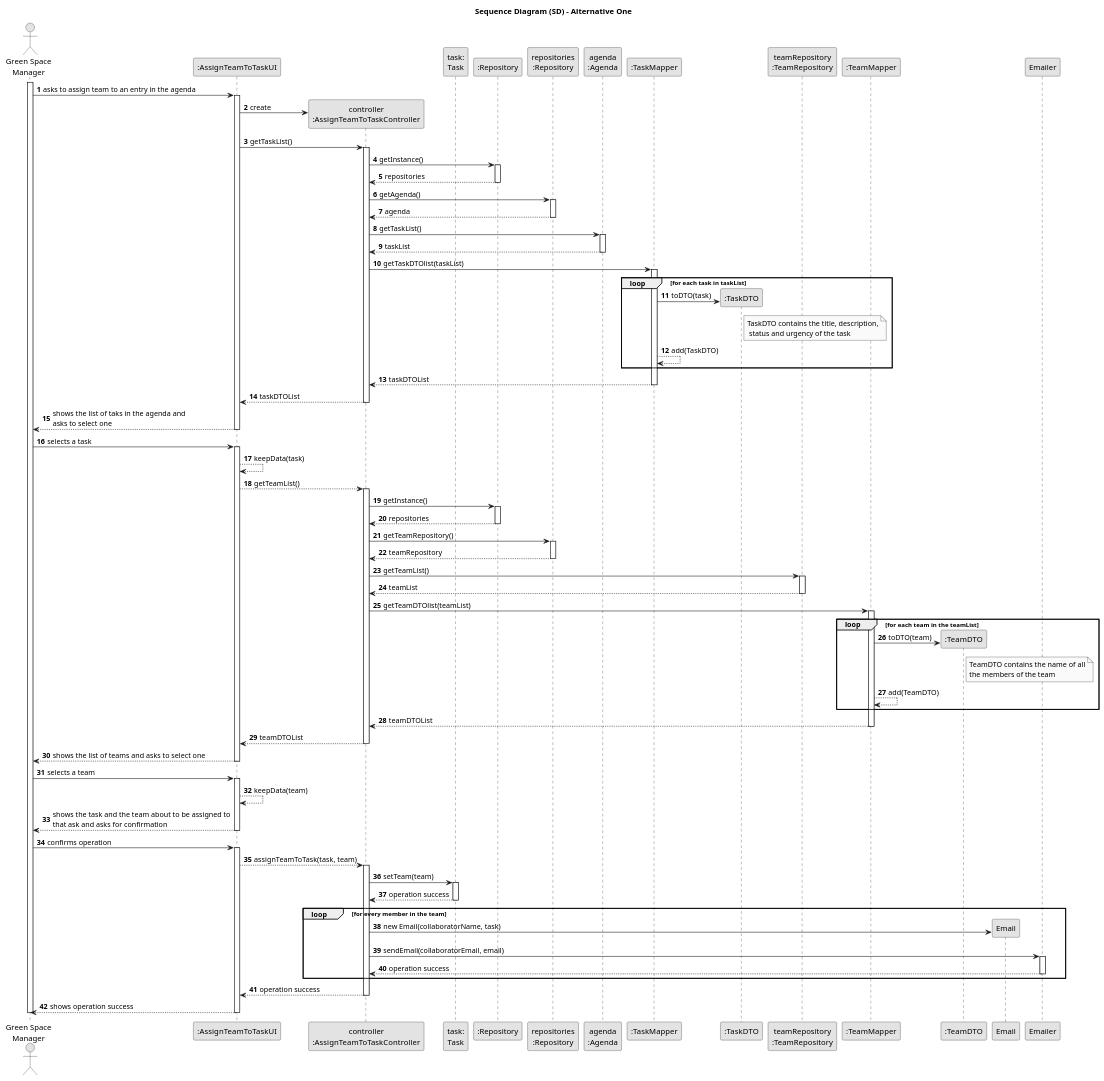
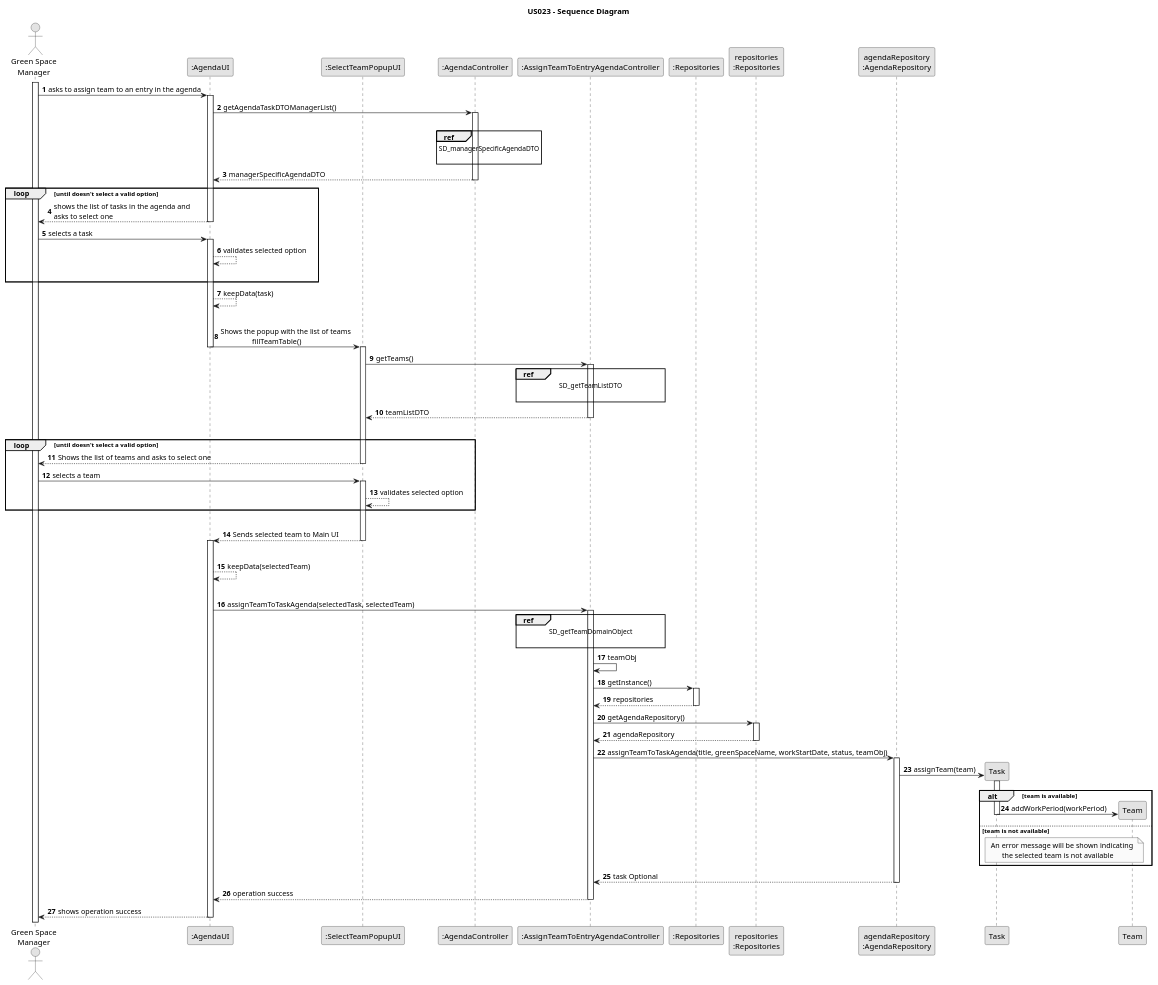
The diagram in docs/sprintC/us023/03.design/puml/us023-sequence-diagram.puml (Rui-San/LAPR2_2023_2024), drawn with PlantUML before and after one commit. The commit also changed 17 other files, not shown here.

```diff
--- a/docs/sprintC/us023/03.design/puml/us023-sequence-diagram.puml
+++ b/docs/sprintC/us023/03.design/puml/us023-sequence-diagram.puml
@@ -1,148 +1,137 @@
 @startuml
 skinparam monochrome true
 skinparam packageStyle rectangle
 skinparam shadowing false
 
-title Sequence Diagram (SD) - Alternative One
+title US023 - Sequence Diagram
 
 autonumber
 
+
 actor "Green Space\nManager" as GSM
-participant ":AssignTeamToTaskUI" as UI
-participant "controller\n:AssignTeamToTaskController" as CTRL
-participant "task:\nTask" as Task
-participant ":Repository" as REPO
-participant "repositories\n:Repository" as REPOInstance
-participant "agenda\n:Agenda" as Agenda
-participant ":TaskMapper" as TaskMapper
-participant ":TaskDTO" as TaskDTO
-participant "teamRepository\n:TeamRepository" as TeamREPO
-participant ":TeamMapper" as TeamMapper
-participant ":TeamDTO" as TeamDTO
+participant ":AgendaUI" as UI
+participant ":SelectTeamPopupUI" as POPUP
+participant ":AgendaController" as AGENDA_CTRL
+participant ":AssignTeamToEntryAgendaController" as CTRL
+participant ":Repositories" as REPO
+participant "repositories\n:Repositories" as REPOInstance
+participant "agendaRepository\n:AgendaRepository" as AgendaRepository
 
 activate GSM
 
-    GSM -> UI: asks to assign team to an entry in the agenda
-    activate UI
+GSM -> UI: asks to assign team to an entry in the agenda
+activate UI
 
-        UI -> CTRL** : create
-        UI -> CTRL: getTaskList()
-        activate CTRL
+    UI -> AGENDA_CTRL : getAgendaTaskDTOManagerList()
+    activate AGENDA_CTRL
+    |||
+    ref over AGENDA_CTRL
+    SD_managerSpecificAgendaDTO
 
-            CTRL -> REPO: getInstance()
-            activate REPO
+    end ref
+    AGENDA_CTRL --> UI : managerSpecificAgendaDTO
+    deactivate AGENDA_CTRL
 
-                REPO --> CTRL : repositories
-            deactivate REPO
+    loop until doesn't select a valid option
 
-            CTRL -> REPOInstance: getAgenda()
-            activate REPOInstance
+    UI --> GSM: shows the list of tasks in the agenda and\nasks to select one
+deactivate UI
 
-                REPOInstance --> CTRL : agenda
-            deactivate REPOInstance
+GSM -> UI : selects a task
+activate UI
+UI --> UI : validates selected option
+|||
+end loop
 
-            CTRL -> Agenda: getTaskList()
-            activate Agenda
+    UI --> UI : keepData(task)
 
-                Agenda --> CTRL : taskList
-            deactivate Agenda
+    |||
+    UI -> POPUP : Shows the popup with the list of teams\n                 fillTeamTable()
+    deactivate UI
+    activate POPUP
 
-            CTRL -> TaskMapper: getTaskDTOlist(taskList)
-            activate TaskMapper
+    POPUP -> CTRL : getTeams()
+    activate CTRL
 
-    loop for each task in taskList
-                TaskMapper -> TaskDTO**: toDTO(task)
-                note right of TaskDTO
-                    TaskDTO contains the title, description,
-                     status and urgency of the task
-                end note
-                TaskMapper --> TaskMapper : add(TaskDTO)
-    end loop
-                TaskMapper --> CTRL : taskDTOList
-            deactivate TaskMapper
+    ref over CTRL
+    SD_getTeamListDTO
 
-            CTRL --> UI : taskDTOList
-        deactivate CTRL
+    end ref
 
-        UI --> GSM: shows the list of taks in the agenda and\nasks to select one
-    deactivate UI
+    CTRL --> POPUP : teamListDTO
+    deactivate CTRL
 
-    GSM -> UI : selects a task
-    activate UI
-        UI --> UI: keepData(task)
 
-        UI --> CTRL : getTeamList()
-        activate CTRL
 
-            CTRL -> REPO: getInstance()
-            activate REPO
+    |||
+    loop until doesn't select a valid option
+    POPUP --> GSM: Shows the list of teams and asks to select one
+deactivate POPUP
 
-                REPO --> CTRL : repositories
-            deactivate REPO
+GSM -> POPUP : selects a team
+activate POPUP
+POPUP --> POPUP : validates selected option
+end loop
+|||
+POPUP --> UI : Sends selected team to Main UI
+deactivate POPUP
+activate UI
+    |||
+    UI --> UI : keepData(selectedTeam)
+    |||
 
-            CTRL -> REPOInstance: getTeamRepository()
-            activate REPOInstance
+    UI -> CTRL : assignTeamToTaskAgenda(selectedTask, selectedTeam)
+    activate CTRL
 
-                REPOInstance --> CTRL : teamRepository
-            deactivate REPOInstance
+    ref over CTRL
+    SD_getTeamDomainObject
 
-            CTRL -> TeamREPO: getTeamList()
-            activate TeamREPO
+    end ref
+    CTRL -> CTRL : teamObj
 
-                TeamREPO --> CTRL : teamList
-            deactivate TeamREPO
+    CTRL -> REPO : getInstance()
+                        activate REPO
 
-            CTRL -> TeamMapper: getTeamDTOlist(teamList)
-            activate TeamMapper
+                            REPO --> CTRL : repositories
+                        deactivate REPO
+                        CTRL -> REPOInstance: getAgendaRepository()
 
-    loop for each team in the teamList
-                TeamMapper -> TeamDTO**: toDTO(team)
-                note right of TeamDTO
-                    TeamDTO contains the name of all
-                    the members of the team
-                end note
-                TeamMapper --> TeamMapper : add(TeamDTO)
-    end loop
-                TeamMapper --> CTRL : teamDTOList
-            deactivate TeamMapper
+                        activate REPOInstance
 
-            CTRL --> UI : teamDTOList
-        deactivate CTRL
+                            REPOInstance --> CTRL : agendaRepository
+                        deactivate REPOInstance
 
-        UI --> GSM: shows the list of teams and asks to select one
-    deactivate UI
+                    CTRL -> AgendaRepository : assignTeamToTaskAgenda(title, greenSpaceName, workStartDate, status, teamObj)
+                    activate AgendaRepository
 
-    GSM -> UI : selects a team
-    activate UI
+                    AgendaRepository -> Task** : assignTeam(team)
+                    activate Task
+                    alt team is available
 
-        UI --> UI: keepData(team)
-        UI --> GSM: shows the task and the team about to be assigned to\nthat ask and asks for confirmation
-    deactivate UI
+                    Task -> Team** : addWorkPeriod(workPeriod)
 
-    GSM -> UI: confirms operation
-    activate UI
+                    else team is not available
 
-        UI --> CTRL : assignTeamToTask(task, team)
-        activate CTRL
+                    note over Task, Team
+                    An error message will be shown indicating
+                          the selected team is not available
+                    end note
+                    deactivate Task
 
-            CTRL -> Task : setTeam(team)
-            activate Task
+                    end
 
-                Task --> CTRL : operation success
-            deactivate Task
-            loop for every member in the team
-            CTRL -> Email** : new Email(collaboratorName, task)
-            CTRL -> Emailer : sendEmail(collaboratorEmail, email)
-            activate Emailer
+                    AgendaRepository --> CTRL : task Optional
+                    deactivate AgendaRepository
 
-                Emailer --> CTRL : operation success
-            deactivate Emailer
-            end loop
-            CTRL --> UI : operation success
-        deactivate CTRL
-        UI --> GSM: shows operation success
-    deactivate UI
 
-deactivate GSM
+
+    CTRL --> UI : operation success
+
+    deactivate CTRL
+
+
+
+    UI --> GSM: shows operation success
+deactivate UI
 
 @enduml
```
